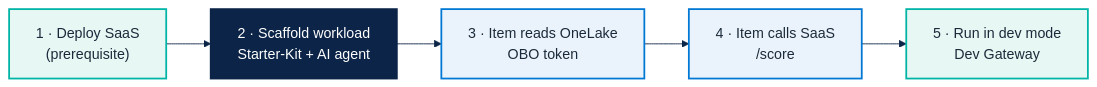
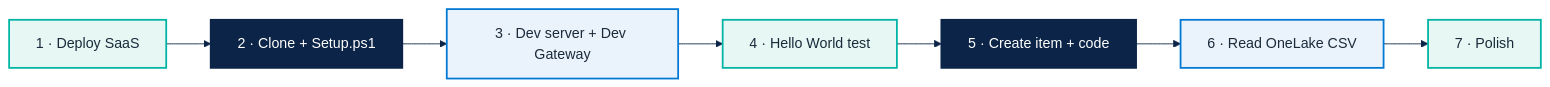
The second of 2 diagrams in docs/microhack-2-sdc-workloads-solution.md (fredgis/FY27FabricMotion), drawn with Mermaid before and after one commit. The commit also changed other lines of this file and 1 other file, not shown here.

````diff
--- a/docs/microhack-2-sdc-workloads-solution.md
+++ b/docs/microhack-2-sdc-workloads-solution.md
@@ -124,17 +124,19 @@
 ```mermaid
 %%{init: {'theme':'base','themeVariables':{
   'primaryColor':'#E6F7F4','primaryTextColor':'#1B2A3A',
   'primaryBorderColor':'#00B4A6','lineColor':'#0B2447','secondaryColor':'#EAF3FB'
 }}}%%
 flowchart LR
-    A["1 · Deploy SaaS<br/>(prerequisite)"] --> B["2 · Scaffold workload<br/>Starter-Kit + AI agent"]
-    B --> C["3 · Item reads OneLake<br/>OBO token"]
-    C --> D["4 · Item calls SaaS<br/>/score"]
-    D --> E["5 · Run in dev mode<br/>Dev Gateway"]
+    A["1 · Deploy SaaS"] --> B["2 · Clone + Setup.ps1"]
+    B --> C["3 · Dev server + Dev Gateway"]
+    C --> D["4 · Hello World test"]
+    D --> E["5 · Create item + code"]
+    E --> F["6 · Read OneLake CSV"]
+    F --> G["7 · Polish"]
     classDef a fill:#E6F7F4,stroke:#00B4A6,color:#1B2A3A,stroke-width:2px;
     classDef b fill:#EAF3FB,stroke:#0078D4,color:#1B2A3A,stroke-width:2px;
     classDef c fill:#0B2447,stroke:#0B2447,color:#FFFFFF,stroke-width:2px;
-    class A,E a;
-    class C,D b;
-    class B c;
+    class A,D,G a;
+    class C,F b;
+    class B,E c;
 ```
````
